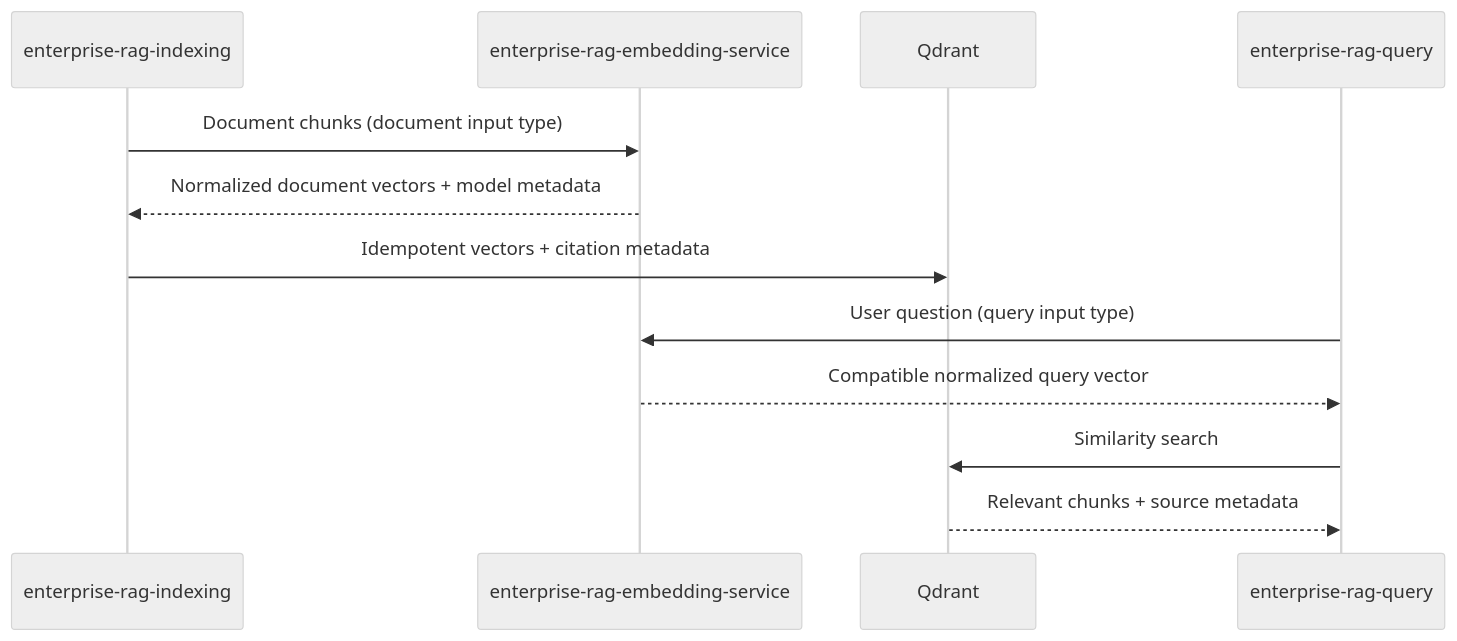
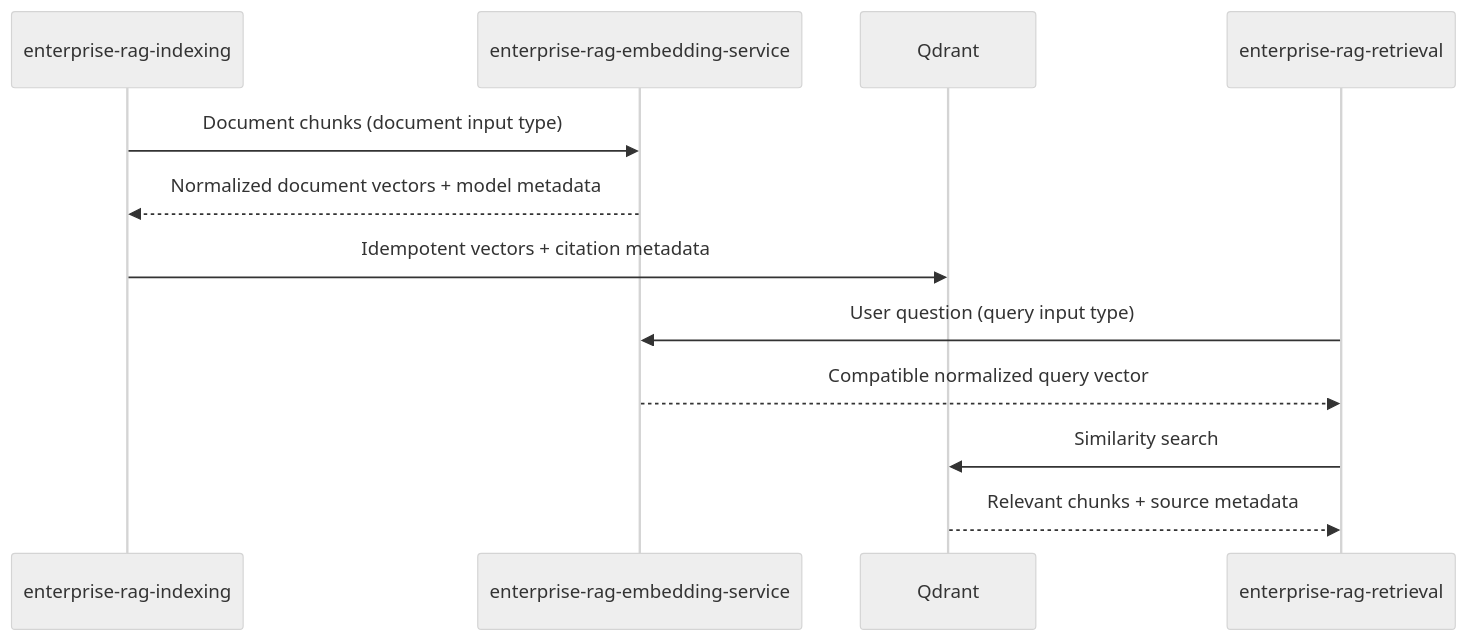
Before and after one commit to tolga-kabadurmus/enterprise-rag: the second of 2 diagrams in README.md, drawn with Mermaid (neutral theme). The commit also changed other lines of this file, not shown here.

````diff
--- a/README.md
+++ b/README.md
@@ -54,15 +54,15 @@
 ```mermaid
 sequenceDiagram
     participant I as enterprise-rag-indexing
     participant E as enterprise-rag-embedding-service
     participant V as Qdrant
-    participant Q as enterprise-rag-query
+    participant Q as enterprise-rag-retrieval
 
     I->>E: Document chunks (document input type)
     E-->>I: Normalized document vectors + model metadata
     I->>V: Idempotent vectors + citation metadata
     Q->>E: User question (query input type)
     E-->>Q: Compatible normalized query vector
     Q->>V: Similarity search
     V-->>Q: Relevant chunks + source metadata
 ```
````
